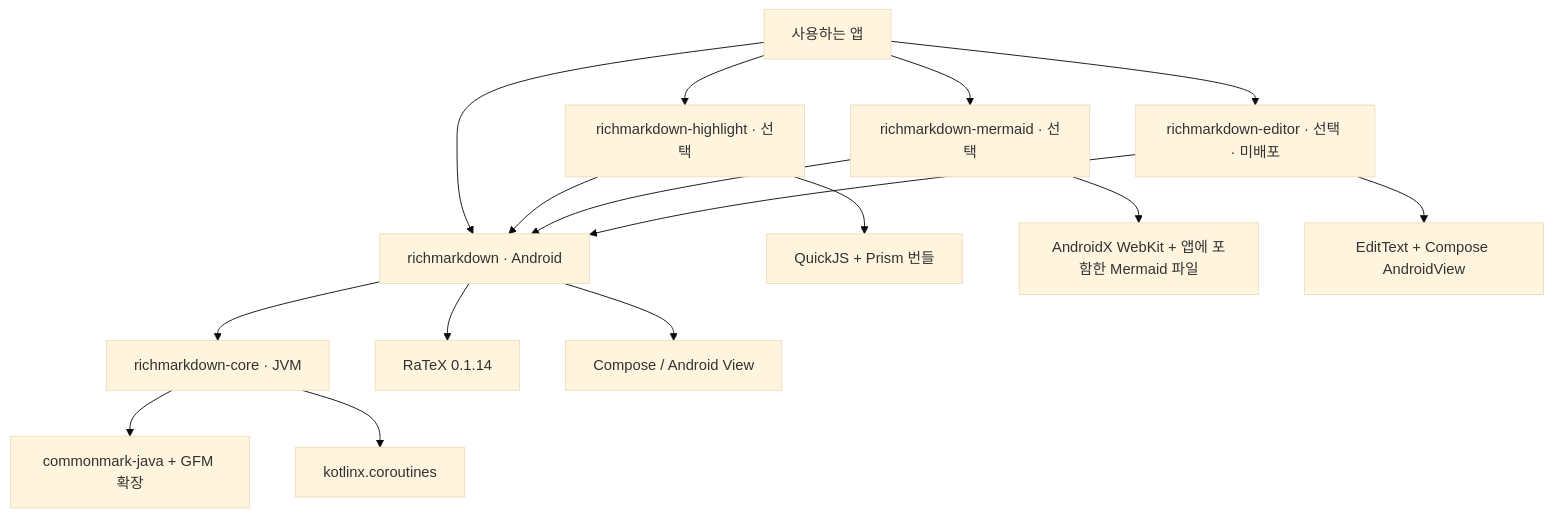
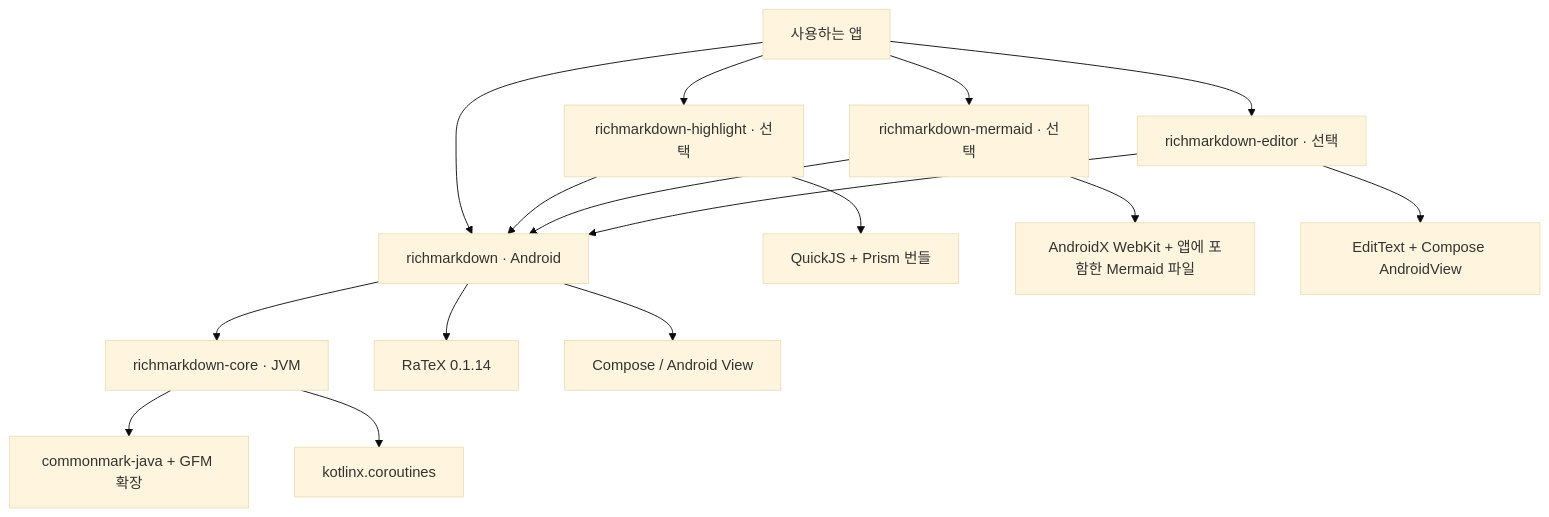
The first of 2 diagrams in docs/report/architecture/README.md (Jimmy-Jung/RichMarkdown-Android), drawn with Mermaid (base theme) before and after one commit. The commit also changed other lines of this file and 14 other files, not shown here.

````diff
--- a/docs/report/architecture/README.md
+++ b/docs/report/architecture/README.md
@@ -16,18 +16,18 @@
 ```mermaid
 flowchart TD
     App["사용하는 앱"] --> Render["richmarkdown · Android"]
     App --> Highlight["richmarkdown-highlight · 선택"]
     App --> Diagram["richmarkdown-mermaid · 선택"]
-    App --> Editor["richmarkdown-editor · 선택 · 미배포"]
+    App --> Editor["richmarkdown-editor · 선택"]
     Highlight --> Render
     Diagram --> Render
     Editor --> Render
     Render --> Core["richmarkdown-core · JVM"]
     Core --> Parser["commonmark-java + GFM 확장"]
     Core --> Coroutines["kotlinx.coroutines"]
     Render --> Math["RaTeX 0.1.14"]
     Render --> UI["Compose / Android View"]
     Highlight --> JS["QuickJS + Prism 번들"]
     Diagram --> Web["AndroidX WebKit + 앱에 포함한 Mermaid 파일"]
     Editor --> EditText["EditText + Compose AndroidView"]
 ```
````
